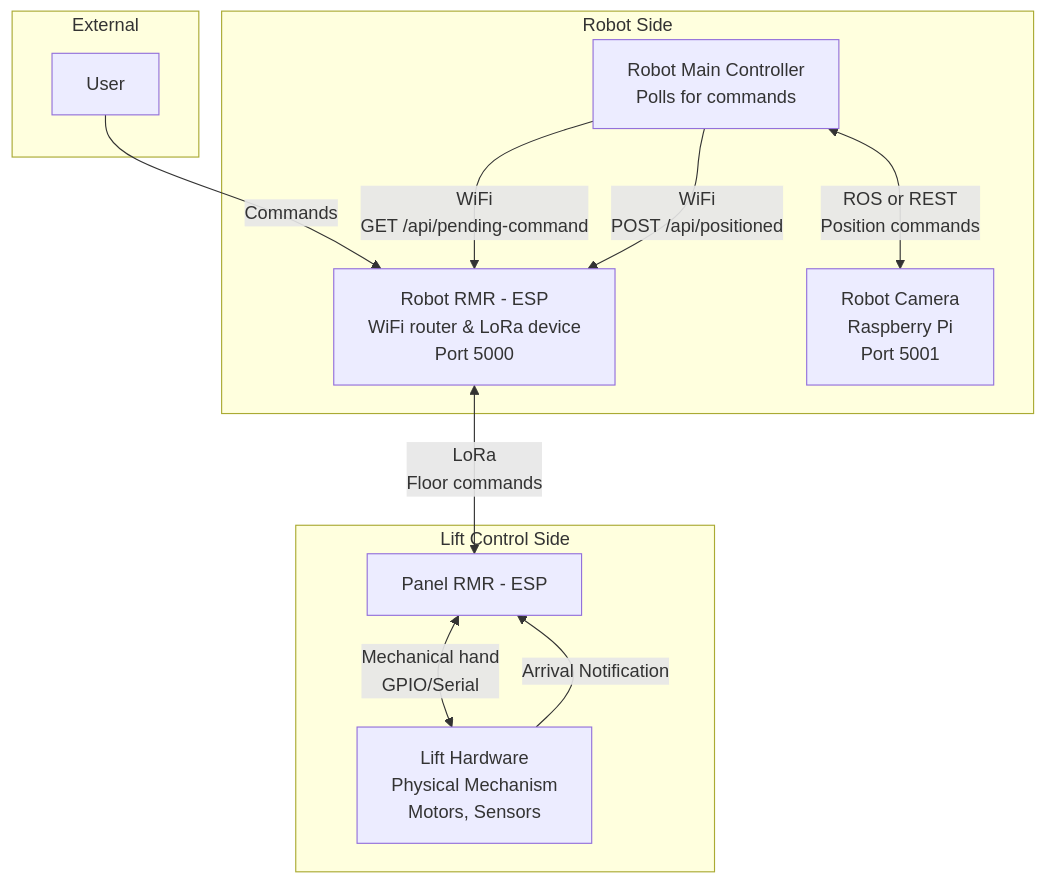
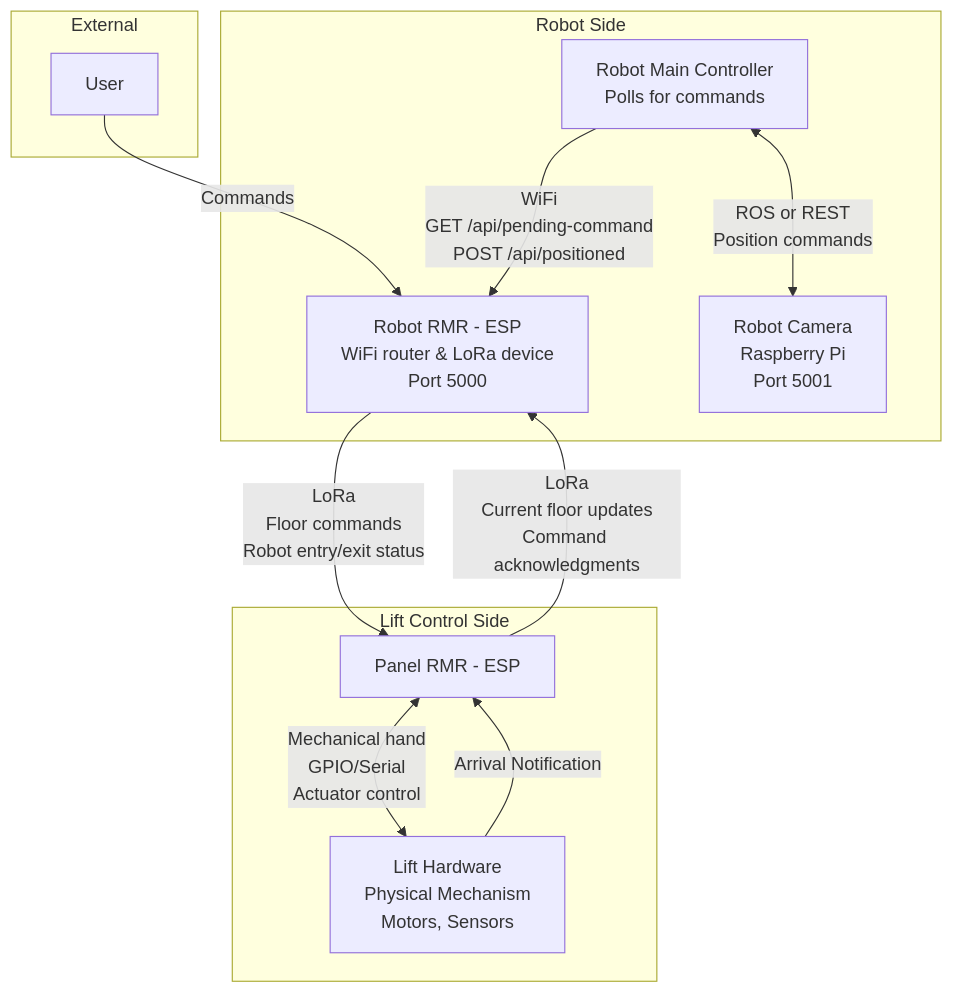
One commit to in-is-ah/rmr changed the second of 2 diagrams in sequence_diagram.md. Above: the diagram before and after it, drawn with Mermaid.

Commit message:
Consolidate RobotMainController API commands

````diff
--- a/sequence_diagram.md
+++ b/sequence_diagram.md
@@ -76,25 +76,25 @@
 ```mermaid
 graph TB
     subgraph "External"
         User[User]
     end
     
     subgraph "Robot Side"
         RobotRMR[Robot RMR - ESP<br/>WiFi router & LoRa device<br/>Port 5000]
         RobotMainController[Robot Main Controller<br/>Polls for commands]
         RobotCamera[Robot Camera<br/>Raspberry Pi<br/>Port 5001]
     end
     
     subgraph "Lift Control Side"
         PanelRMR[Panel RMR - ESP]
         LiftHardware[Lift Hardware<br/>Physical Mechanism<br/>Motors, Sensors]
     end
     
     User -->|Commands| RobotRMR
-    RobotMainController -->|WiFi<br/>GET /api/pending-command| RobotRMR
-    RobotMainController -->|WiFi<br/>POST /api/positioned| RobotRMR
+    RobotMainController -->|WiFi<br/>GET /api/pending-command<br/>POST /api/positioned| RobotRMR
     RobotMainController <-->|ROS or REST<br/>Position commands| RobotCamera
-    RobotRMR <-->|LoRa<br/>Floor commands| PanelRMR
-    PanelRMR <-->|Mechanical hand<br/>GPIO/Serial| LiftHardware
+    RobotRMR -->|LoRa<br/>Floor commands<br/>Robot entry/exit status| PanelRMR
+    PanelRMR -->|LoRa<br/>Current floor updates<br/>Command acknowledgments| RobotRMR
+    PanelRMR <-->|Mechanical hand<br/>GPIO/Serial<br/>Actuator control| LiftHardware
     LiftHardware -->|Arrival Notification| PanelRMR
 ```
````
